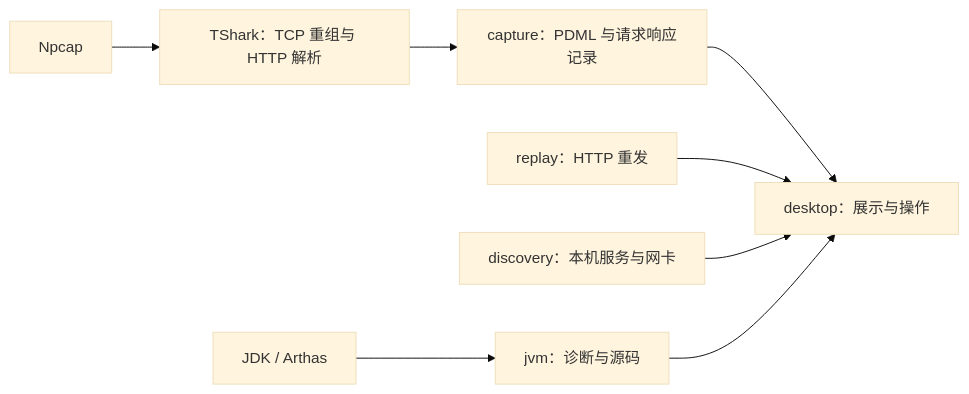
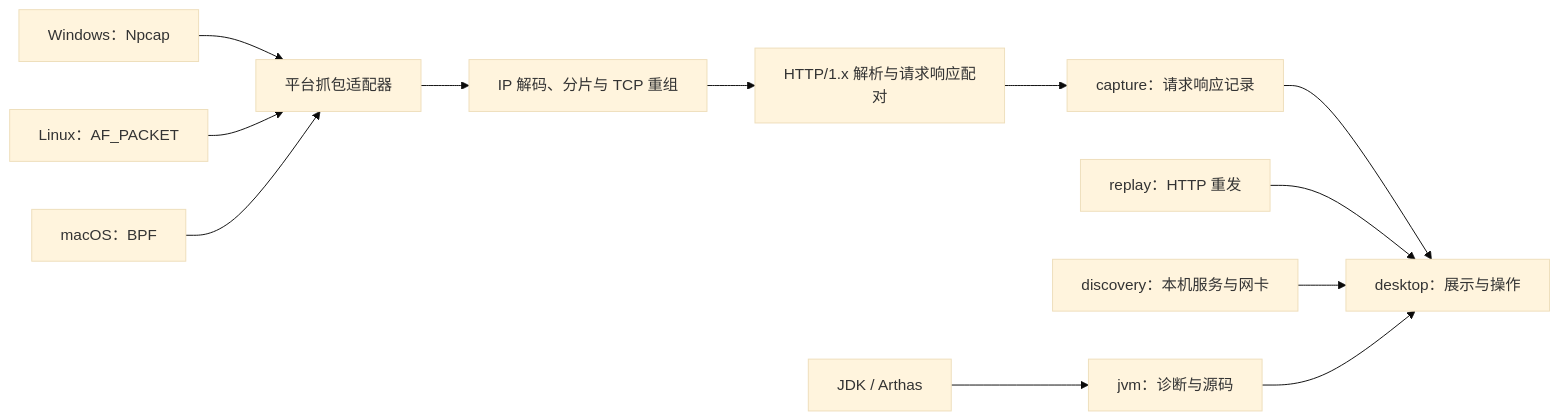
The first of 2 diagrams in docs/architecture.md (huimang/webhola), drawn with Mermaid (base theme) before and after one commit. The commit also changed other lines of this file and 47 other files, not shown here.

First line of the commit message:
feat(capture): replace TShark with native cross-platform HTTP capture

````diff
--- a/docs/architecture.md
+++ b/docs/architecture.md
@@ -7,10 +7,14 @@
 ```mermaid
 flowchart LR
-    N[Npcap] --> T[TShark：TCP 重组与 HTTP 解析]
-    T --> C[capture：PDML 与请求响应记录]
+    N[Windows：Npcap] --> A[平台抓包适配器]
+    L[Linux：AF_PACKET] --> A
+    M[macOS：BPF] --> A
+    A --> P[IP 解码、分片与 TCP 重组]
+    P --> H[HTTP/1.x 解析与请求响应配对]
+    H --> C[capture：请求响应记录]
     C --> D[desktop：展示与操作]
     R[replay：HTTP 重发] --> D
     S[discovery：本机服务与网卡] --> D
     J[JDK / Arthas] --> V[jvm：诊断与源码]
     V --> D
 ```
````
